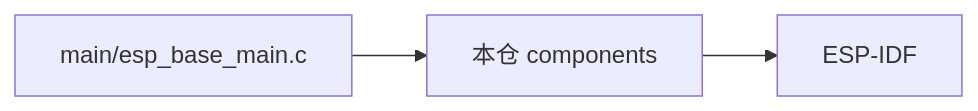
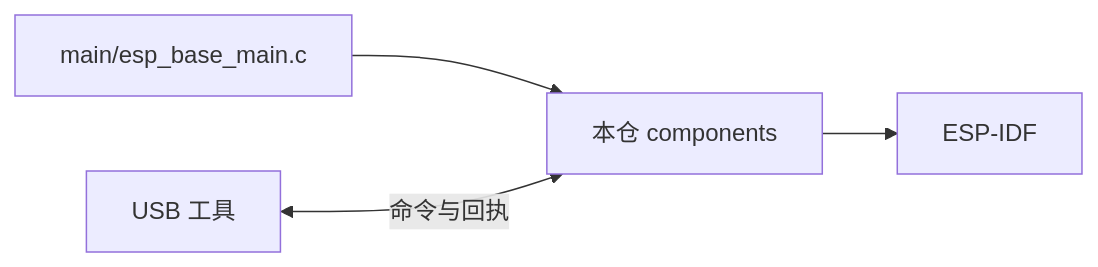
One commit to darren-you/esp-base changed the diagram in firmware/apps/esp_base/README.md. Above: the diagram before and after it, drawn with Mermaid. The commit also changed other lines of this file and 64 other files, not shown here.

````diff
--- a/firmware/apps/esp_base/README.md
+++ b/firmware/apps/esp_base/README.md
@@ -7,5 +7,6 @@
 ```mermaid
 flowchart LR
     main["main/esp_base_main.c"] --> components["本仓 components"]
+    usb["USB 工具"] <-->|"命令与回执"| components
     components --> sdk["ESP-IDF"]
 ```
````
